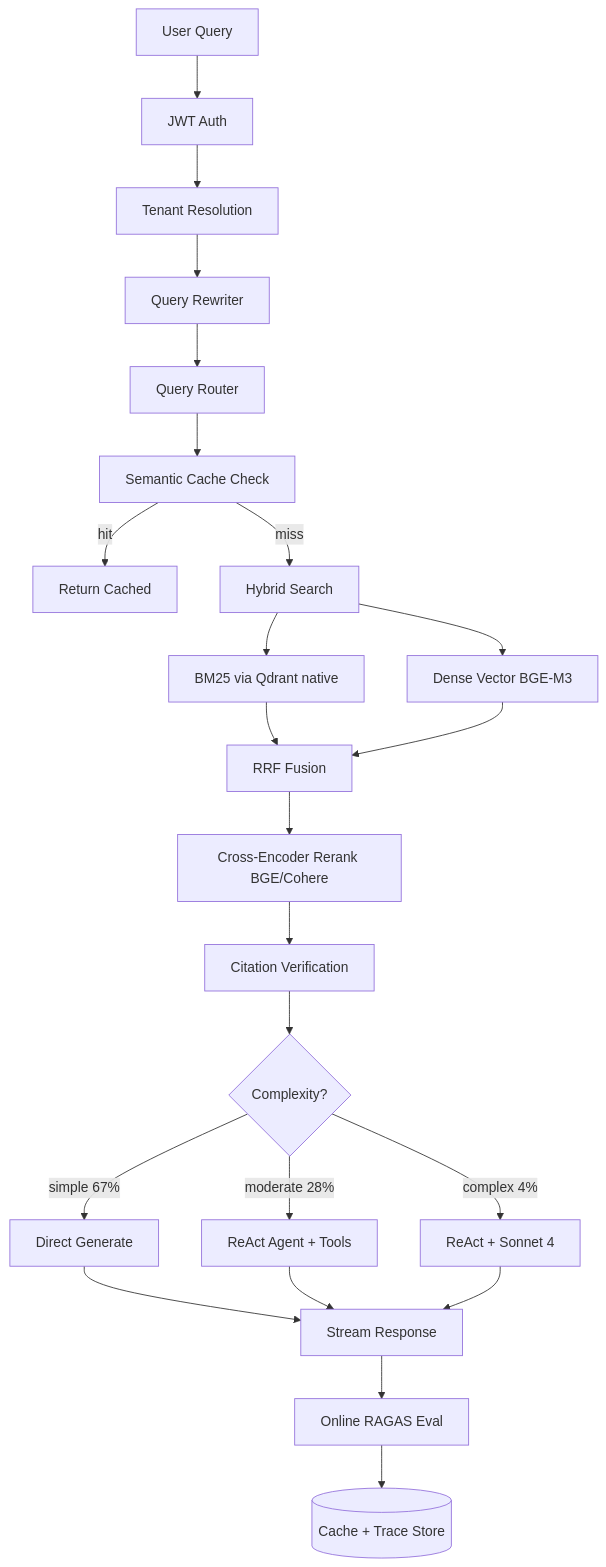
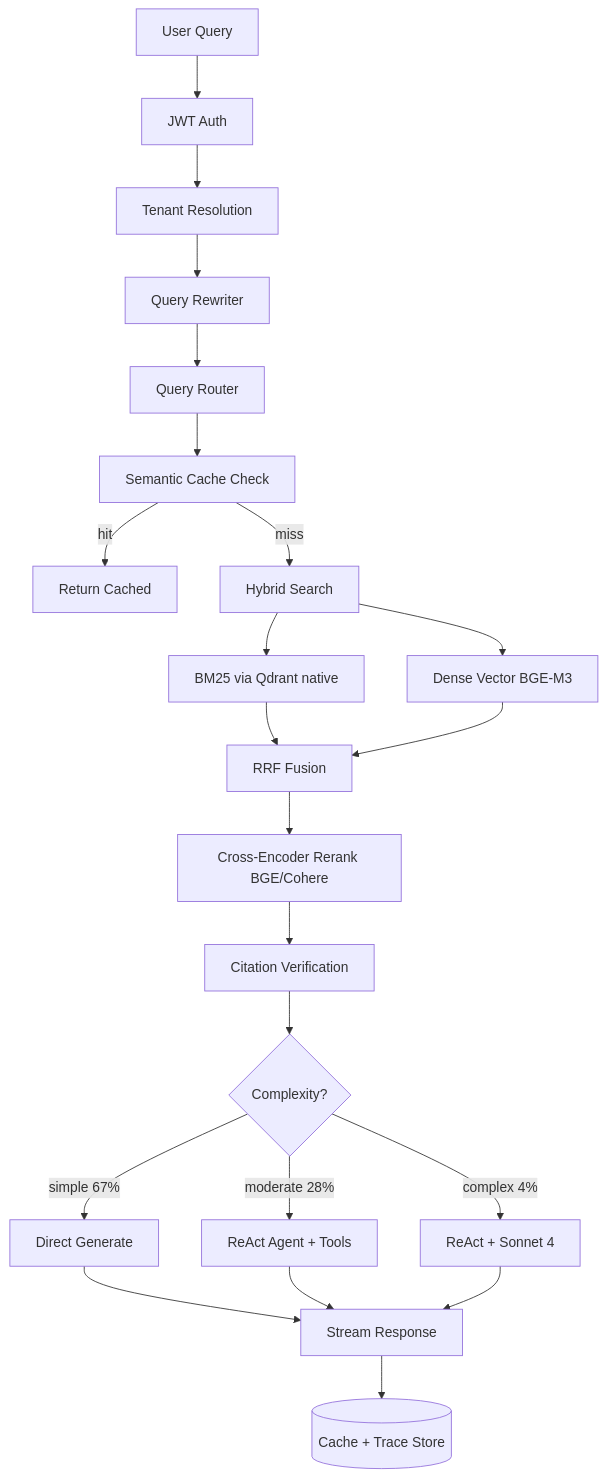
The diagram in README.md (shulanXS/RAG), drawn with Mermaid before and after one commit. The commit also changed other lines of this file and 71 other files, not shown here.

First line of the commit message:
refactor: streamline architecture documentation and configuration

````diff
--- a/README.md
+++ b/README.md
@@ -32,25 +31,24 @@
 ```mermaid
 flowchart TD
     A[User Query] --> B[JWT Auth]
     B --> C[Tenant Resolution]
     C --> D[Query Rewriter]
     D --> E[Query Router]
     E --> F[Semantic Cache Check]
     F -->|hit| Z[Return Cached]
     F -->|miss| G[Hybrid Search]
     G --> G1[BM25 via Qdrant native]
     G --> G2[Dense Vector BGE-M3]
     G1 --> H[RRF Fusion]
     G2 --> H
     H --> I[Cross-Encoder Rerank BGE/Cohere]
     I --> J[Citation Verification]
     J --> K{Complexity?}
     K -->|simple 67%| L[Direct Generate]
     K -->|moderate 28%| M[ReAct Agent + Tools]
     K -->|complex 4%| N[ReAct + Sonnet 4]
     L --> O[Stream Response]
     M --> O
     N --> O
-    O --> P[Online RAGAS Eval]
-    P --> Q[(Cache + Trace Store)]
+    O --> Q[(Cache + Trace Store)]
 ```
````
